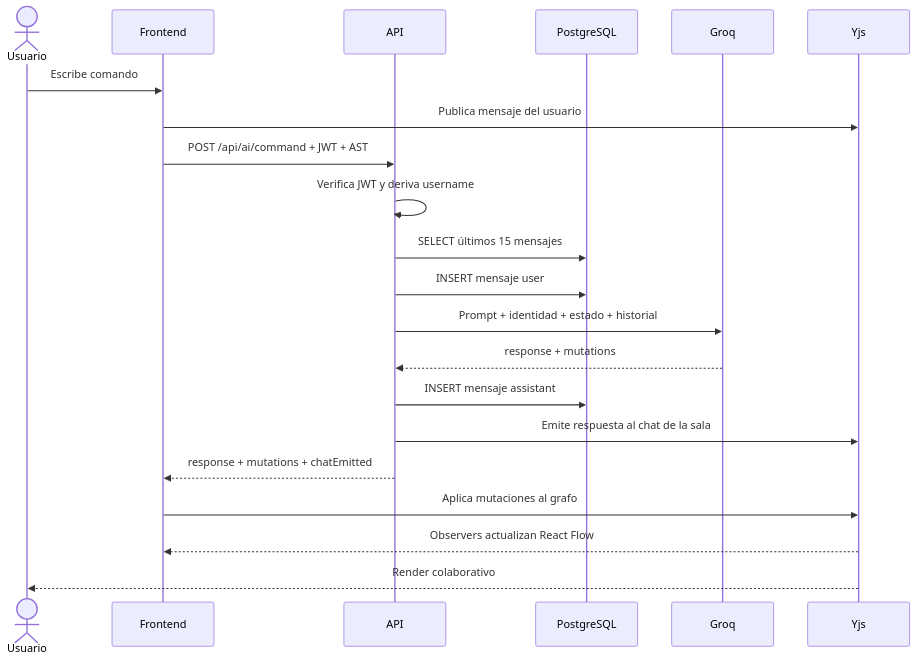
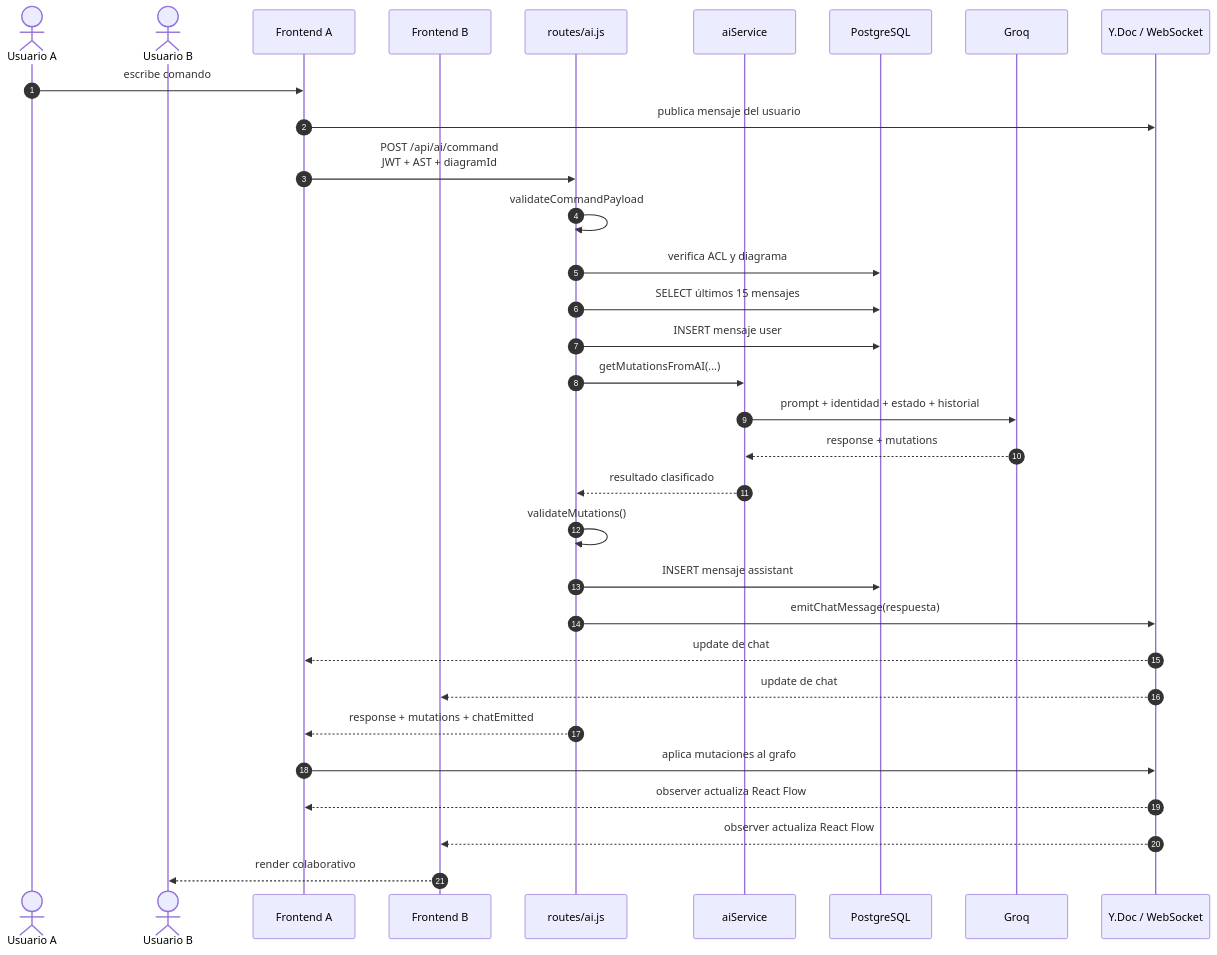
Before and after one commit to juandani11/case-tool-colaborativo: the fourth of 7 diagrams in Documentacion_Segundo_Parcial/03_Analisis.md, drawn with Mermaid. The commit also changed other lines of this file and 42 other files, not shown here.

Commit message:
Release Final: IA Local (Service Discovery), Patrón Strategy (Groq/Ollama), Fase 3 (Solicitudes), UI/UX Dashboard y Documentación PUDS/UML 100% completa

````diff
--- a/Documentacion_Segundo_Parcial/03_Analisis.md
+++ b/Documentacion_Segundo_Parcial/03_Analisis.md
@@ -262,24 +314,35 @@
 ```mermaid
 sequenceDiagram
-    actor U as Usuario
-    participant F as Frontend
-    participant A as API
+    autonumber
+    actor A as Usuario A
+    actor B as Usuario B
+    participant FA as Frontend A
+    participant FB as Frontend B
+    participant API as routes/ai.js
+    participant IA as aiService
     participant DB as PostgreSQL
     participant G as Groq
-    participant Y as Yjs
+    participant Y as Y.Doc / WebSocket
 
-    U->>F: Escribe comando
-    F->>Y: Publica mensaje del usuario
-    F->>A: POST /api/ai/command + JWT + AST
-    A->>A: Verifica JWT y deriva username
-    A->>DB: SELECT últimos 15 mensajes
-    A->>DB: INSERT mensaje user
-    A->>G: Prompt + identidad + estado + historial
-    G-->>A: response + mutations
-    A->>DB: INSERT mensaje assistant
-    A->>Y: Emite respuesta al chat de la sala
-    A-->>F: response + mutations + chatEmitted
-    F->>Y: Aplica mutaciones al grafo
-    Y-->>F: Observers actualizan React Flow
-    Y-->>U: Render colaborativo
+    A->>FA: escribe comando
+    FA->>Y: publica mensaje del usuario
+    FA->>API: POST /api/ai/command<br/>JWT + AST + diagramId
+    API->>API: validateCommandPayload
+    API->>DB: verifica ACL y diagrama
+    API->>DB: SELECT últimos 15 mensajes
+    API->>DB: INSERT mensaje user
+    API->>IA: getMutationsFromAI(...)
+    IA->>G: prompt + identidad + estado + historial
+    G-->>IA: response + mutations
+    IA-->>API: resultado clasificado
+    API->>API: validateMutations()
+    API->>DB: INSERT mensaje assistant
+    API->>Y: emitChatMessage(respuesta)
+    Y-->>FA: update de chat
+    Y-->>FB: update de chat
+    API-->>FA: response + mutations + chatEmitted
+    FA->>Y: aplica mutaciones al grafo
+    Y-->>FA: observer actualiza React Flow
+    Y-->>FB: observer actualiza React Flow
+    FB-->>B: render colaborativo
 ```
````
